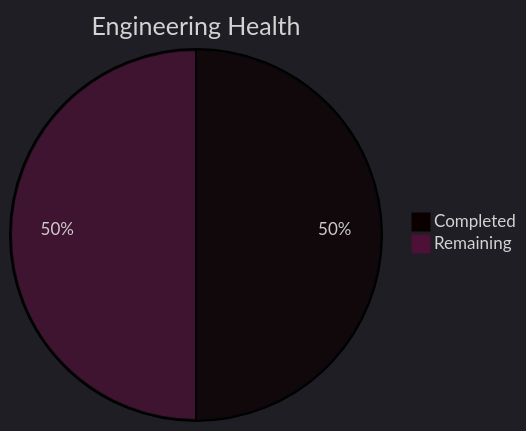
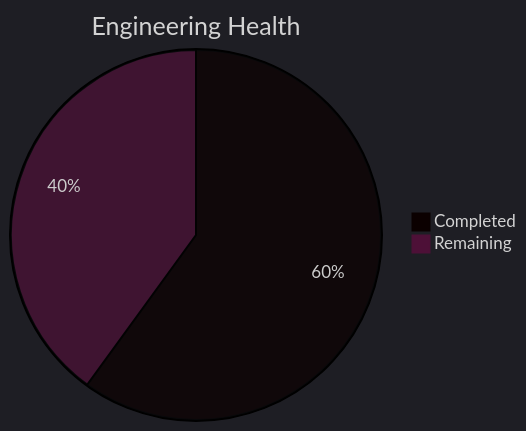
One commit to Neogleamz/SK8Lytz changed the third of 5 diagrams in tools/SK8Lytz_Bucket_List.md. Above: the diagram before and after it, drawn with Mermaid. The commit also changed other lines of this file, not shown here.

Commit message:
chore(docs): mark dead-code purge as completed in bucket list

````diff
--- a/tools/SK8Lytz_Bucket_List.md
+++ b/tools/SK8Lytz_Bucket_List.md
@@ -39,6 +39,6 @@
 ```mermaid
 %%{init: {'theme': 'dark'}}%%
 pie title Engineering Health
-  "Completed" : 10
-  "Remaining" : 10
+  "Completed" : 12
+  "Remaining" : 8
 ```
````
